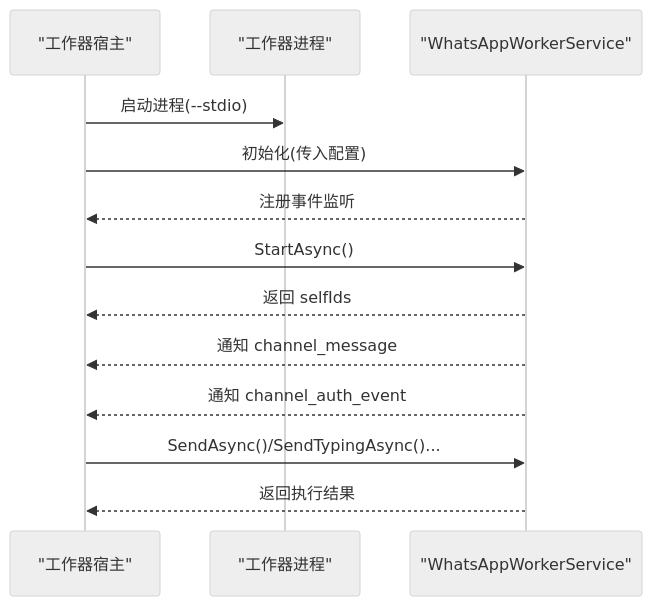
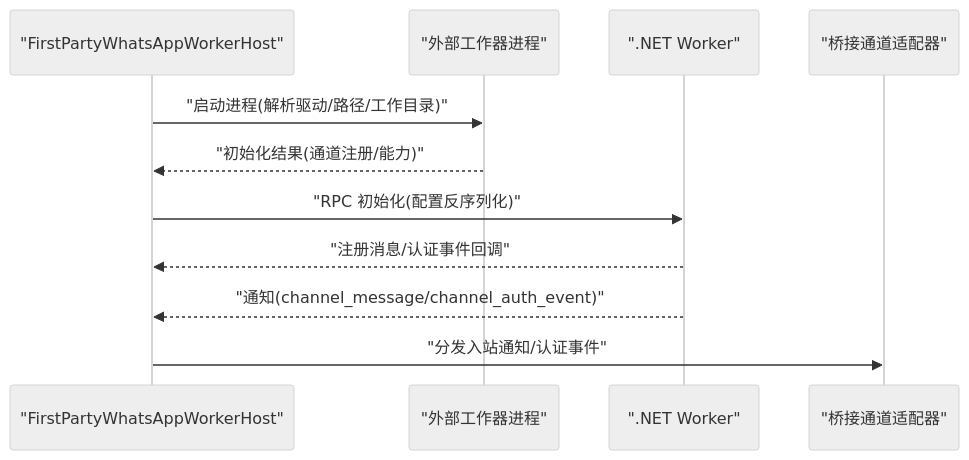
One commit to wayyet/kingcrab changed the sixth of 8 diagrams in .qoder/repowiki/zh/content/通信渠道/WhatsApp 集成.md. Above: the diagram before and after it, drawn with Mermaid (neutral theme). The commit also changed other lines of this file and 431 other files, not shown here.

````diff
--- a/.qoder/repowiki/zh/content/通信渠道/WhatsApp 集成.md
+++ b/.qoder/repowiki/zh/content/通信渠道/WhatsApp 集成.md
@@ -327,15 +269,13 @@
 ```mermaid
 sequenceDiagram
-participant Host as "工作器宿主"
-participant Proc as "工作器进程"
-participant Svc as "WhatsAppWorkerService"
-Host->>Proc : 启动进程(--stdio)
-Host->>Svc : 初始化(传入配置)
-Svc-->>Host : 注册事件监听
-Host->>Svc : StartAsync()
-Svc-->>Host : 返回 selfIds
-Svc-->>Host : 通知 channel_message
-Svc-->>Host : 通知 channel_auth_event
-Host->>Svc : SendAsync()/SendTypingAsync()...
-Svc-->>Host : 返回执行结果
+participant Host as "FirstPartyWhatsAppWorkerHost"
+participant Proc as "外部工作器进程"
+participant Worker as ".NET Worker"
+participant Adapter as "桥接通道适配器"
+Host->>Proc : "启动进程(解析驱动/路径/工作目录)"
+Proc-->>Host : "初始化结果(通道注册/能力)"
+Host->>Worker : "RPC 初始化(配置反序列化)"
+Worker-->>Host : "注册消息/认证事件回调"
+Worker-->>Host : "通知(channel_message/channel_auth_event)"
+Host->>Adapter : "分发入站通知/认证事件"
 ```
````
